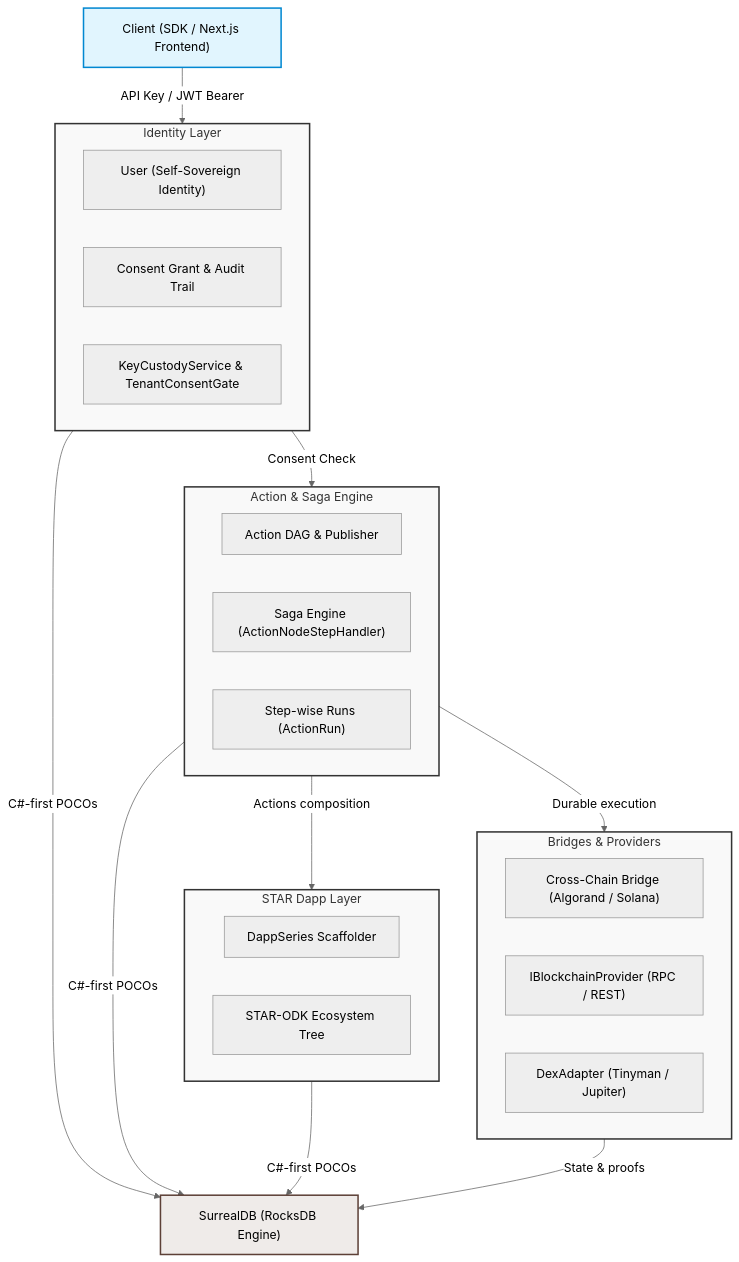
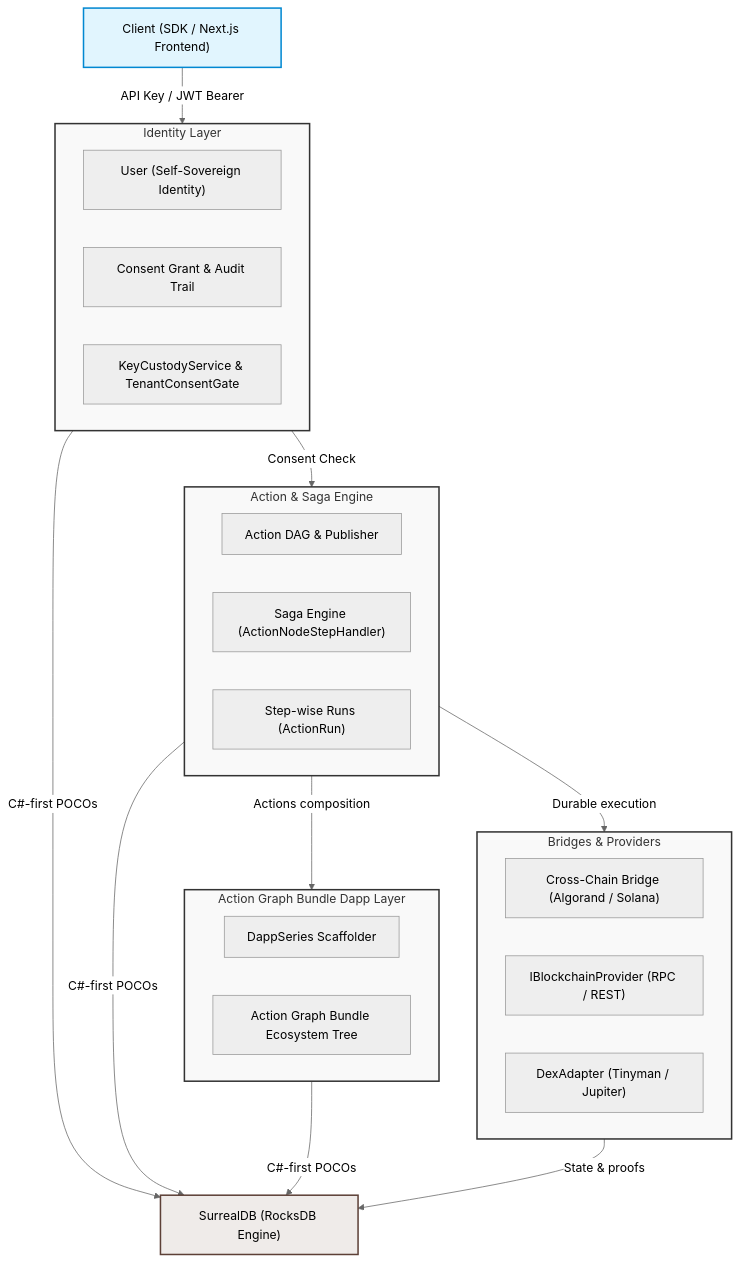
The first of 5 diagrams in docs/DEV-DOCS.md (JadeZaher/azoa-autonomous-zones-of-action), drawn with Mermaid (neutral theme) before and after one commit. The commit also changed other lines of this file and 126 other files, not shown here.

First line of the commit message:
refactor!: rename STAR/STARODK to ActionGraphBundle (D28 strand 4)

````diff
--- a/docs/DEV-DOCS.md
+++ b/docs/DEV-DOCS.md
@@ -14,47 +14,47 @@
 ```mermaid
 graph TD
     classDef layerFill fill:#f9f9f9,stroke:#333,stroke-width:2px;
     classDef clientFill fill:#e1f5fe,stroke:#0288d1,stroke-width:2px;
     classDef persistenceFill fill:#efebe9,stroke:#5d4037,stroke-width:2px;
     
     Client["Client (SDK / Next.js Frontend)"]:::clientFill
     
     subgraph IdentityLayer["Identity Layer"]
         User["User (Self-Sovereign Identity)"]
         Consent["Consent Grant & Audit Trail"]
         Custody["KeyCustodyService & TenantConsentGate"]
     end
     IdentityLayer:::layerFill
 
     subgraph WorkflowLayer["Action & Saga Engine"]
         ActionDAG["Action DAG & Publisher"]
         SagaRunner["Saga Engine (ActionNodeStepHandler)"]
         Executions["Step-wise Runs (ActionRun)"]
     end
     WorkflowLayer:::layerFill
 
-    subgraph CompositionLayer["STAR Dapp Layer"]
+    subgraph CompositionLayer["Action Graph Bundle Dapp Layer"]
         DappSeries["DappSeries Scaffolder"]
-        EcoTree["STAR-ODK Ecosystem Tree"]
+        EcoTree["Action Graph Bundle Ecosystem Tree"]
     end
     CompositionLayer:::layerFill
 
     subgraph ProviderLayer["Bridges & Providers"]
         ChainBridge["Cross-Chain Bridge (Algorand / Solana)"]
         BlockchainProviders["IBlockchainProvider (RPC / REST)"]
         DexAdapters["DexAdapter (Tinyman / Jupiter)"]
     end
     ProviderLayer:::layerFill
 
     Surreal["SurrealDB (RocksDB Engine)"]:::persistenceFill
 
     Client -->|API Key / JWT Bearer| IdentityLayer
     IdentityLayer -->|Consent Check| WorkflowLayer
     WorkflowLayer -->|Actions composition| CompositionLayer
     WorkflowLayer -->|Durable execution| ProviderLayer
     
     IdentityLayer -->|C#-first POCOs| Surreal
     WorkflowLayer -->|C#-first POCOs| Surreal
     CompositionLayer -->|C#-first POCOs| Surreal
     ProviderLayer -->|State & proofs| Surreal
 ```
````
